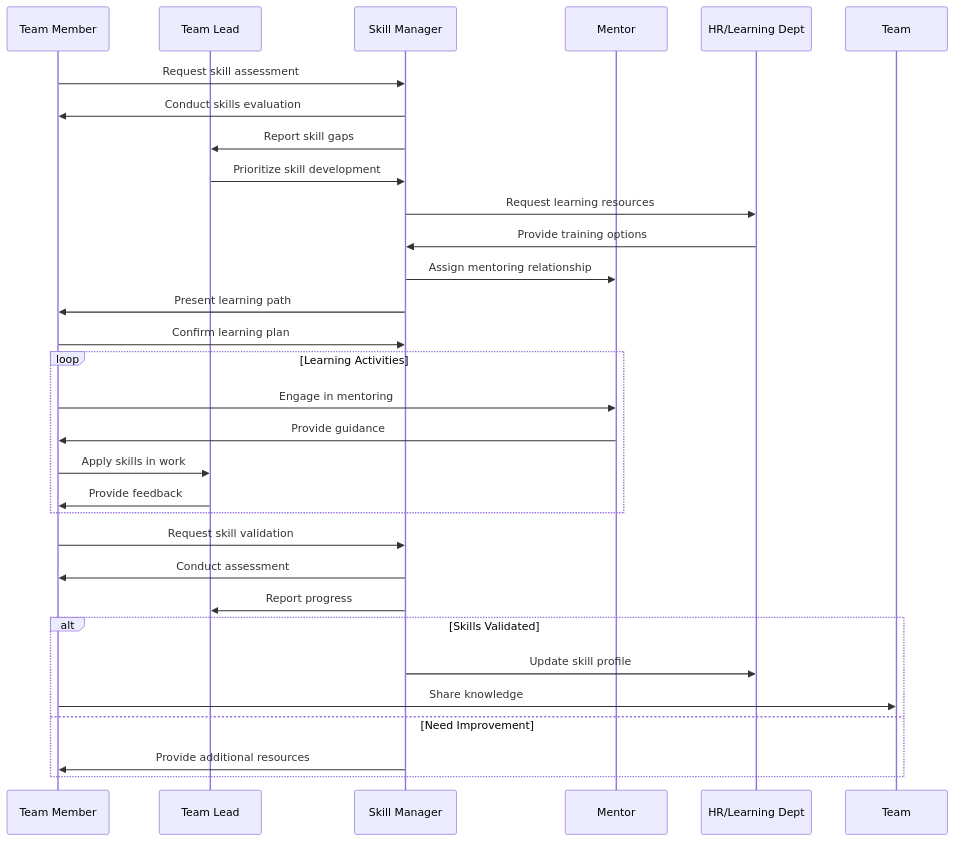
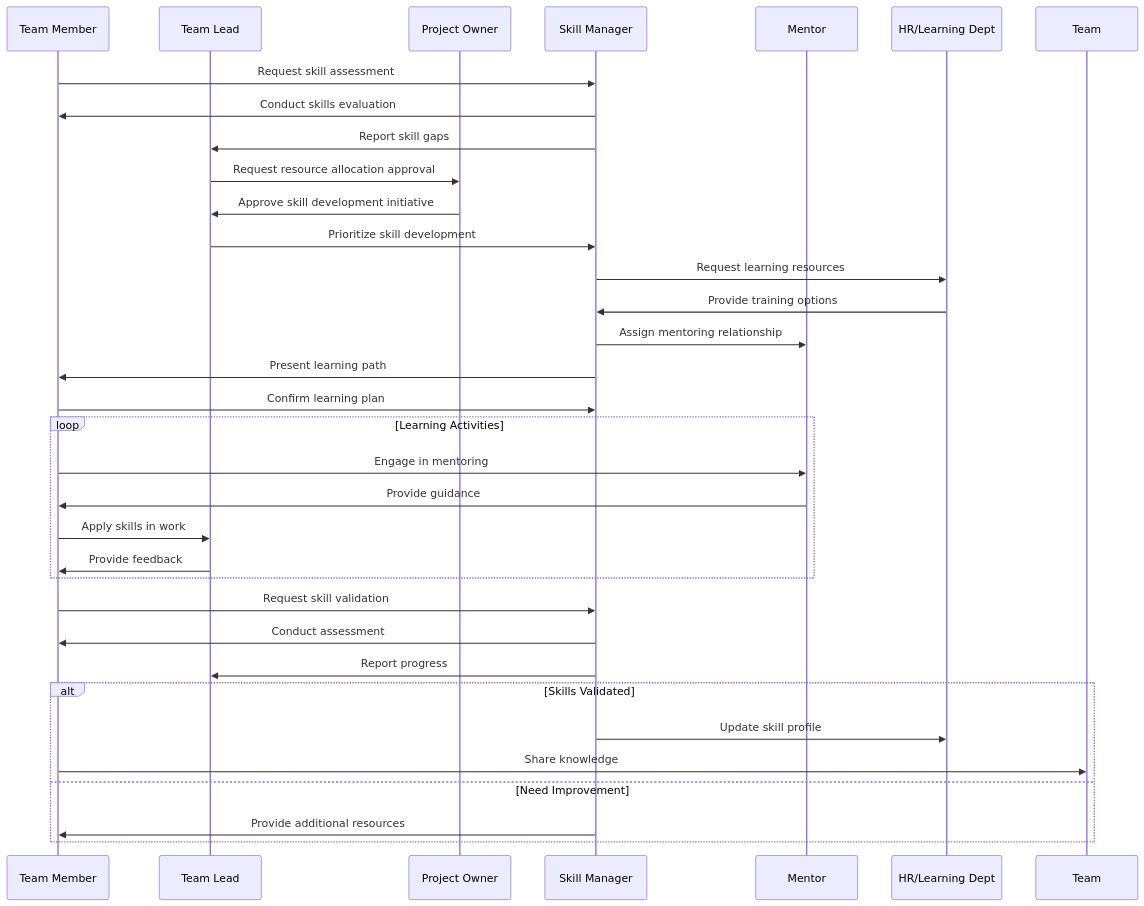
Before and after one commit to zhongadamwang/AI_Slowcooker: the first of 3 diagrams in OrgDocument/orgModel/01 - Skill Development Process/collaboration.md, drawn with Mermaid. The commit also changed other lines of this file and 3 other files, not shown here.

````diff
--- a/OrgDocument/orgModel/01 - Skill Development Process/collaboration.md
+++ b/OrgDocument/orgModel/01 - Skill Development Process/collaboration.md
@@ -5,38 +7,41 @@
 ```mermaid
 sequenceDiagram
     participant TM as Team Member
     participant TL as Team Lead
+    participant PO as Project Owner
     participant SM as Skill Manager
     participant M as Mentor
     participant HR as HR/Learning Dept
     
     TM->>SM: Request skill assessment
     SM->>TM: Conduct skills evaluation
     SM->>TL: Report skill gaps
+    TL->>PO: Request resource allocation approval
+    PO->>TL: Approve skill development initiative
     TL->>SM: Prioritize skill development
     
     SM->>HR: Request learning resources
     HR->>SM: Provide training options
     SM->>M: Assign mentoring relationship
     
     SM->>TM: Present learning path
     TM->>SM: Confirm learning plan
     
     loop Learning Activities
         TM->>M: Engage in mentoring
         M->>TM: Provide guidance
         TM->>TL: Apply skills in work
         TL->>TM: Provide feedback
     end
     
     TM->>SM: Request skill validation
     SM->>TM: Conduct assessment
     SM->>TL: Report progress
     
     alt Skills Validated
         SM->>HR: Update skill profile
         TM->>Team: Share knowledge
     else Need Improvement
         SM->>TM: Provide additional resources
     end
 ```
````
